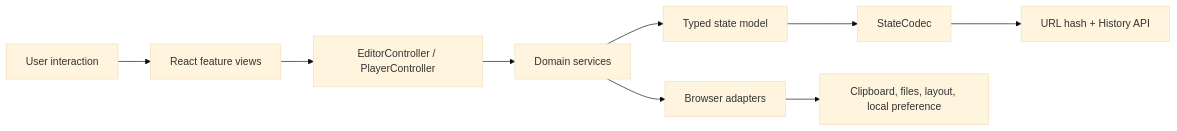
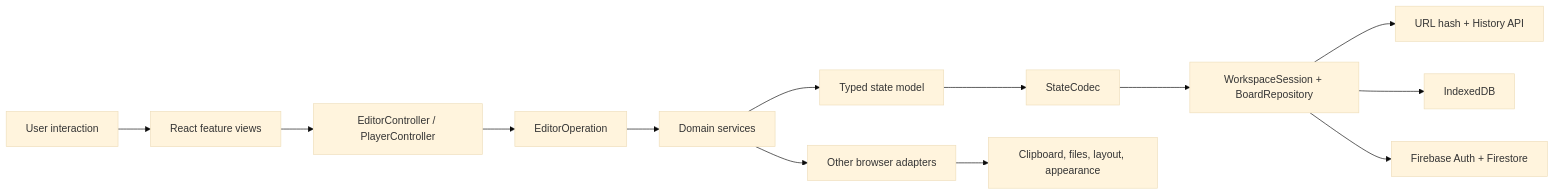
One commit to mikejhill/squarecast changed the first of 2 diagrams in docs/architecture.md. Above: the diagram before and after it, drawn with Mermaid (base theme). The commit also changed other lines of this file and 55 other files, not shown here.

````diff
--- a/docs/architecture.md
+++ b/docs/architecture.md
@@ -26,11 +29,15 @@
 ```mermaid
 flowchart LR
     U["User interaction"] --> V["React feature views"]
     V --> C["EditorController / PlayerController"]
-    C --> D["Domain services"]
+    C --> O["EditorOperation"]
+    O --> D["Domain services"]
     D --> M["Typed state model"]
     M --> K["StateCodec"]
-    K --> H["URL hash + History API"]
-    D --> B["Browser adapters"]
-    B --> X["Clipboard, files, layout, local preference"]
+    K --> R["WorkspaceSession + BoardRepository"]
+    R --> H["URL hash + History API"]
+    R --> I["IndexedDB"]
+    R --> F["Firebase Auth + Firestore"]
+    D --> B["Other browser adapters"]
+    B --> X["Clipboard, files, layout, appearance"]
 ```
````
